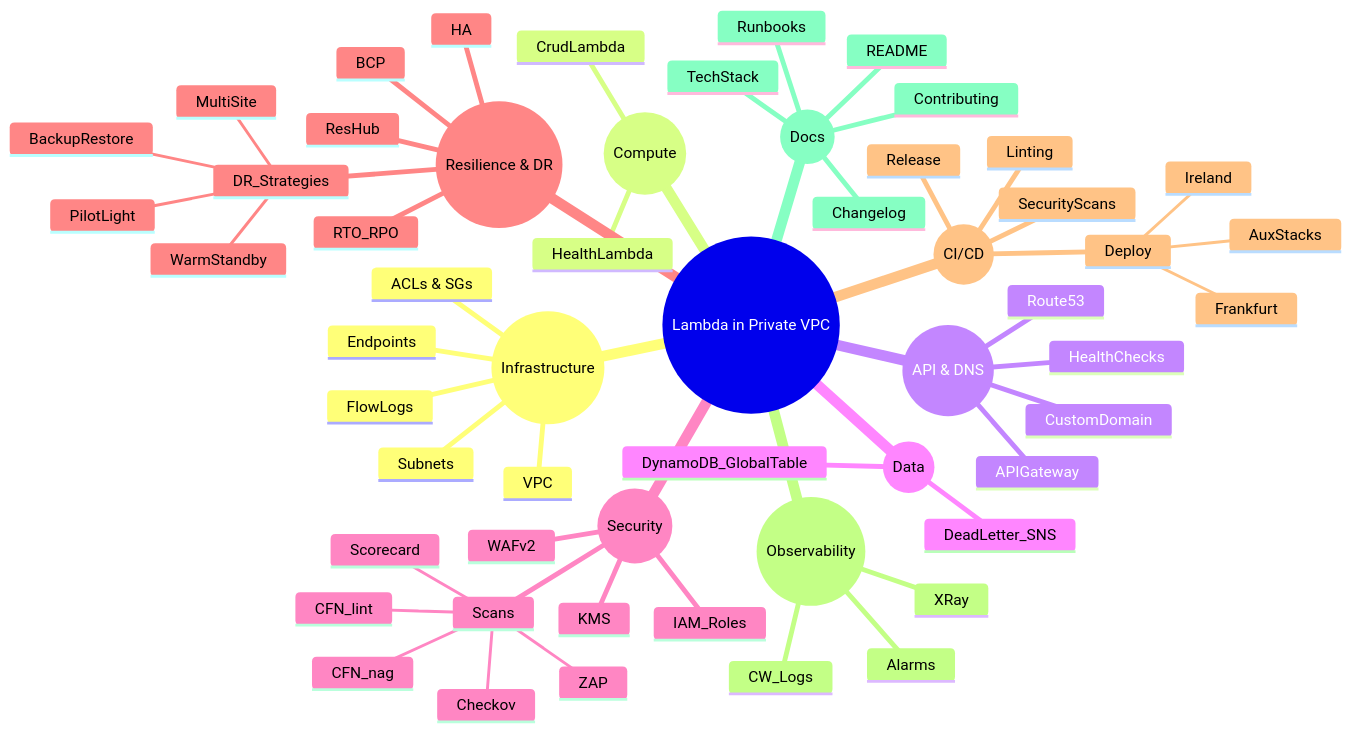
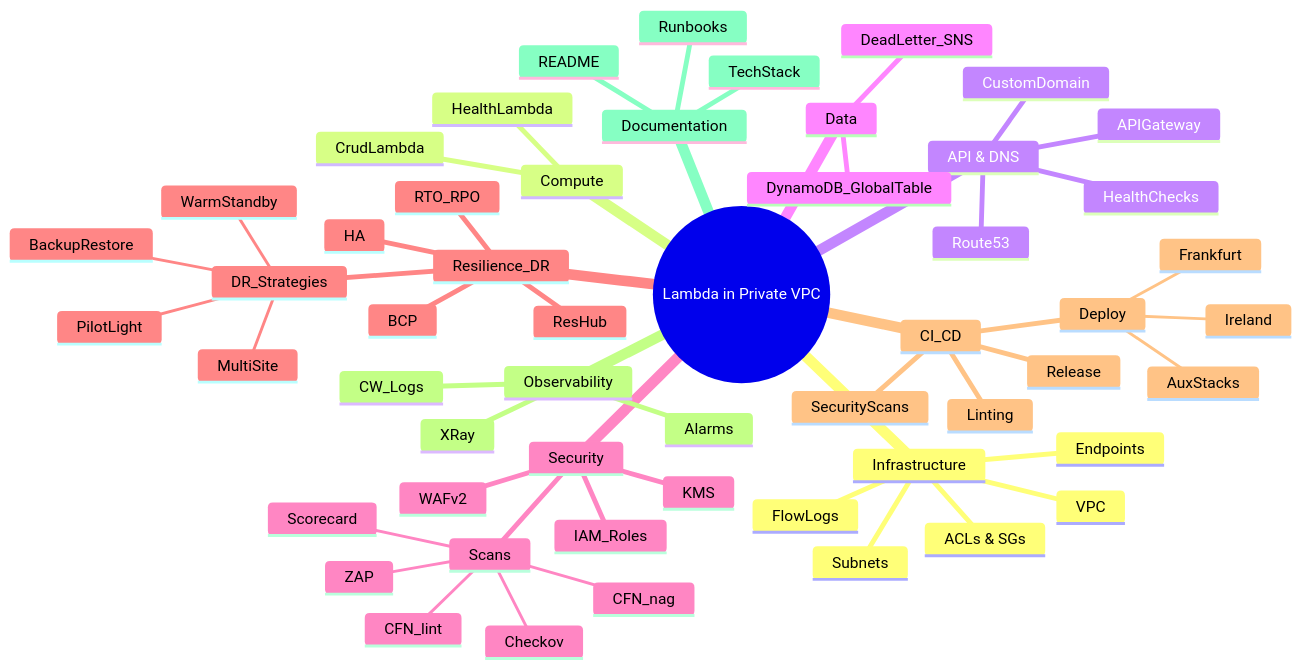
One commit to Hack23/lambda-in-private-vpc changed the first of 11 diagrams in README.md. Above: the diagram before and after it, drawn with Mermaid. The commit also changed other lines of this file, not shown here.

````diff
--- a/README.md
+++ b/README.md
@@ -31,59 +29,57 @@
 ```mermaid
 mindmap
   root((Lambda in Private VPC))
-    Infrastructure((Infrastructure))
+    Infrastructure
       VPC
       Subnets
       Endpoints
       ACLs & SGs
       FlowLogs
-    Compute((Compute))
+    Compute
       HealthLambda
       CrudLambda
-    API & DNS((API & DNS))
+    API & DNS
       APIGateway
       CustomDomain
       Route53
       HealthChecks
-    Data((Data))
+    Data
       DynamoDB_GlobalTable
       DeadLetter_SNS
-    Security((Security))
+    Security
       WAFv2
       IAM_Roles
       KMS
       Scans
         CFN_lint
         CFN_nag
         Checkov
         ZAP
         Scorecard
-    Resilience_DR((Resilience & DR))
+    Resilience_DR
       ResHub
       RTO_RPO
       HA
       DR_Strategies
         BackupRestore
         PilotLight
         WarmStandby
         MultiSite
       BCP
-    CI_CD((CI/CD))
+    CI_CD
       Linting
       SecurityScans
       Deploy
         Ireland
         Frankfurt
         AuxStacks
       Release
-    Observability((Observability))
+    Observability
       CW_Logs
       Alarms
       XRay
-    Documentation((Docs))
+    Documentation
       README
       Runbooks
-      Contributing
-      Changelog
       TechStack
 ```
````
